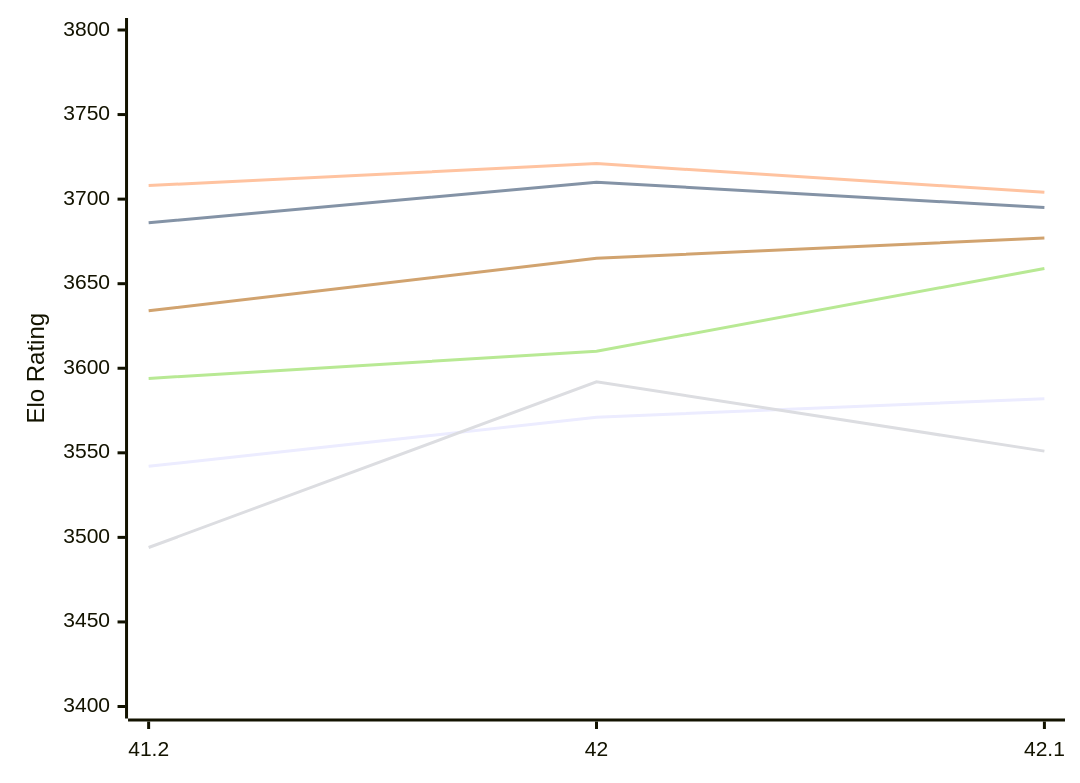
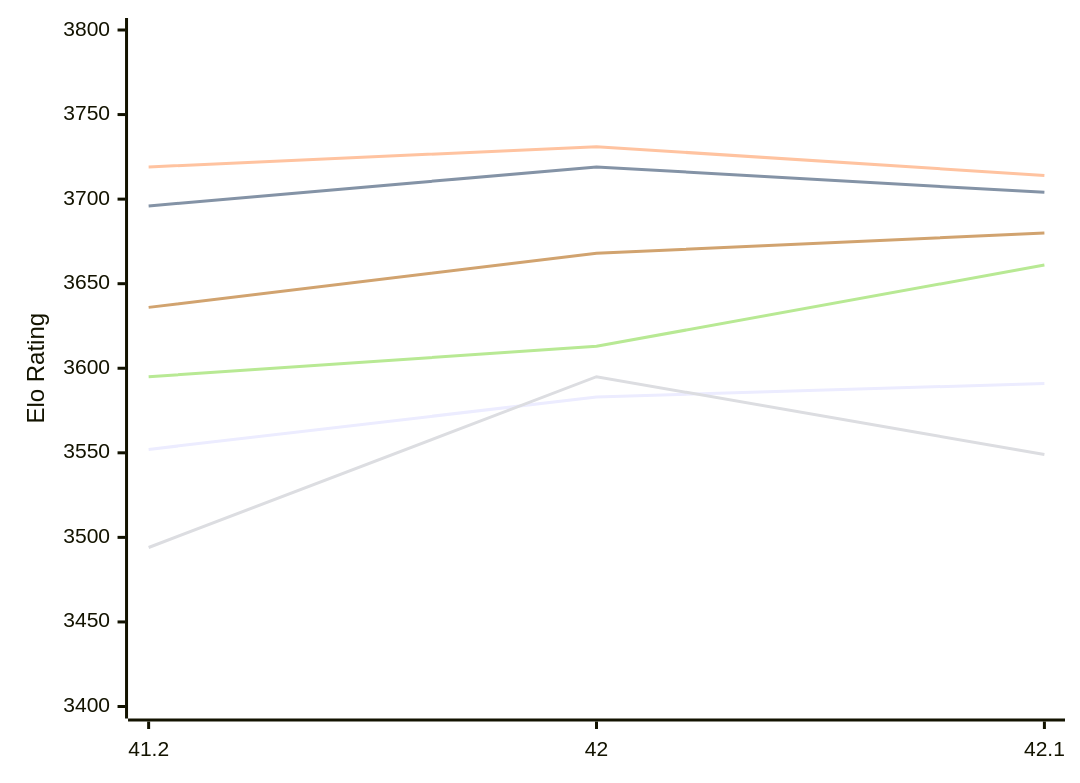
One commit to computer-chess-index/cci changed the first of 2 diagrams in engines/Shashchess.md. Above: the diagram before and after it, drawn with Mermaid. The commit also changed other lines of this file, not shown here.

Commit message:
Update CCI Ratings (ELO VLTC) - 2026-11-16

````diff
--- a/engines/Shashchess.md
+++ b/engines/Shashchess.md
@@ -52,12 +52,12 @@
 ```mermaid
 %%{init: {"theme":"base","themeVariables":{"seriesColors:['#a3a3a3','#222221','#faa371']}}}%%
 xychart-beta
   x-axis ["41.2", "42", "42.1"]
   y-axis "Elo Rating" 3400 --> 3800
-  line "E1: STC (8.0+0.08s)" [3542, 3571, 3582]
-  line "E1: LTC (60.0+0.60s)" [3686, 3710, 3695]
-  line "E1: VLTC (2m24s+1.12s)" [3708, 3721, 3704]
-  line "P1: STC (8.0+0.08s)" [3494, 3592, 3551]
-  line "P1: LTC (60.0+0.60s)" [3594, 3610, 3659]
-  line "P1: VLTC (2m24s+1.12s)" [3634, 3665, 3677]
+  line "E1: STC (8.0+0.08s)" [3552, 3583, 3591]
+  line "E1: LTC (60.0+0.60s)" [3696, 3719, 3704]
+  line "E1: VLTC (2m24s+1.12s)" [3719, 3731, 3714]
+  line "P1: STC (8.0+0.08s)" [3494, 3595, 3549]
+  line "P1: LTC (60.0+0.60s)" [3595, 3613, 3661]
+  line "P1: VLTC (2m24s+1.12s)" [3636, 3668, 3680]
 ```
````
